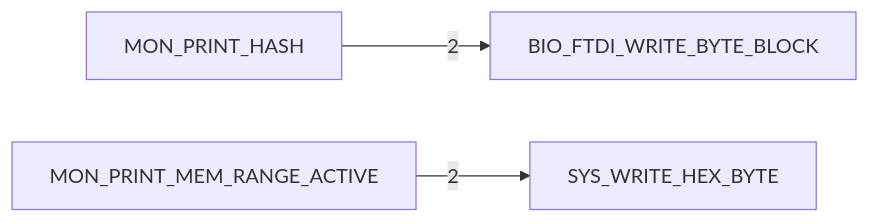
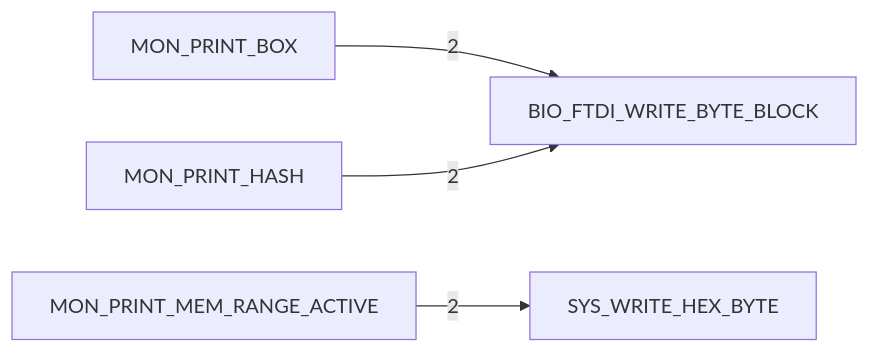
Before and after one commit to 95westus/R-YORS: the fifth of 6 diagrams in DOC/GENERATED/HIMON_COMMAND_MAP.md, drawn with Mermaid. The commit also changed other lines of this file and 85 other files, not shown here.

````diff
--- a/DOC/GENERATED/HIMON_COMMAND_MAP.md
+++ b/DOC/GENERATED/HIMON_COMMAND_MAP.md
@@ -78,5 +78,6 @@
 ```mermaid
 flowchart LR
+    N_MON_PRINT_BOX[MON_PRINT_BOX] -->|2| N_BIO_FTDI_WRITE_BYTE_BLOCK[BIO_FTDI_WRITE_BYTE_BLOCK]
     N_MON_PRINT_HASH[MON_PRINT_HASH] -->|2| N_BIO_FTDI_WRITE_BYTE_BLOCK[BIO_FTDI_WRITE_BYTE_BLOCK]
     N_MON_PRINT_MEM_RANGE_ACTIVE[MON_PRINT_MEM_RANGE_ACTIVE] -->|2| N_SYS_WRITE_HEX_BYTE[SYS_WRITE_HEX_BYTE]
 ```
````
